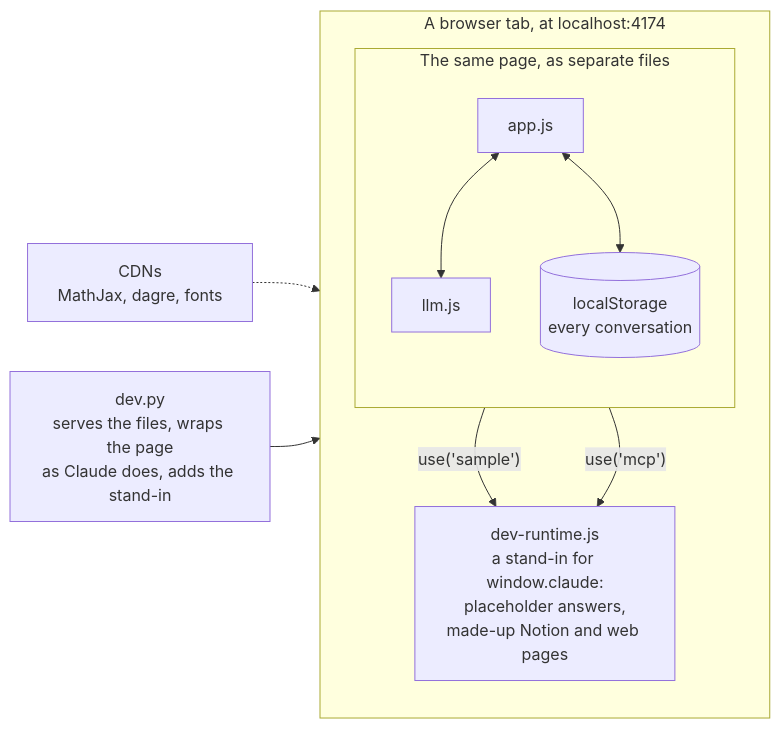
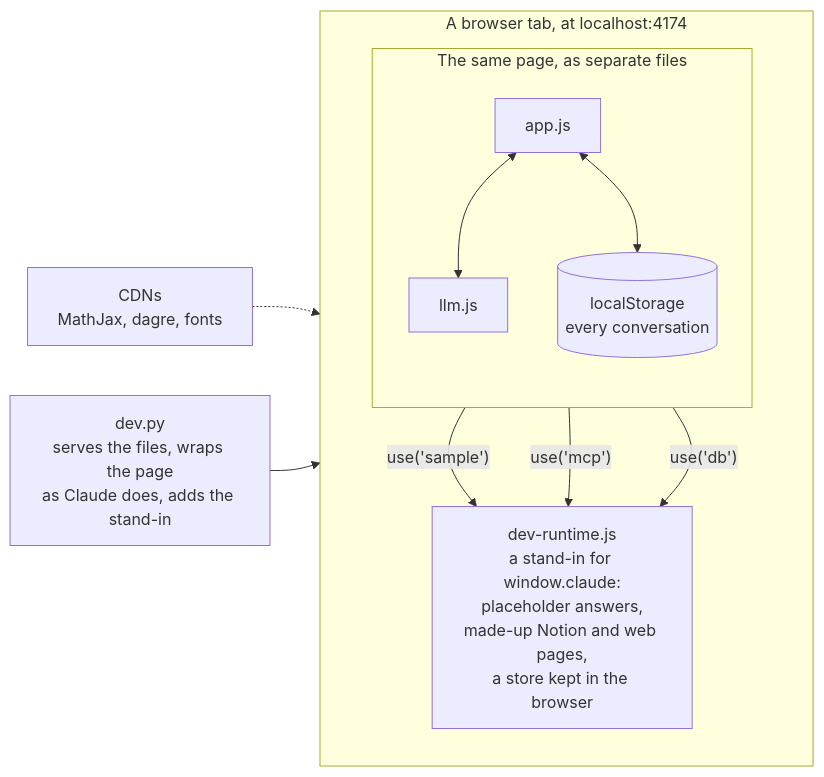
The second of 4 diagrams in README.md (hideaki/human-distillation), drawn with Mermaid before and after one commit. The commit also changed other lines of this file and 11 other files, not shown here.

````diff
--- a/README.md
+++ b/README.md
@@ -355,21 +412,22 @@
 ```mermaid
 flowchart LR
   dev["dev.py<br/>serves the files, wraps the page<br/>as Claude does, adds the stand-in"]
   subgraph tab["A browser tab, at localhost:4174"]
     direction TB
     subgraph page["The same page, as separate files"]
       direction TB
       app["app.js"]
       llm["llm.js"]
       store[("localStorage<br/>every conversation")]
       app <--> llm
       app <--> store
     end
-    stand["dev-runtime.js<br/>a stand-in for window.claude:<br/>placeholder answers,<br/>made-up Notion and web pages"]
+    stand["dev-runtime.js<br/>a stand-in for window.claude:<br/>placeholder answers,<br/>made-up Notion and web pages,<br/>a store kept in the browser"]
     llm -- "use('sample')" --> stand
     llm -- "use('mcp')" --> stand
+    llm -- "use('db')" --> stand
   end
   cdn["CDNs<br/>MathJax, dagre, fonts"]
   dev --> tab
   cdn -.-> app
 ```
````
